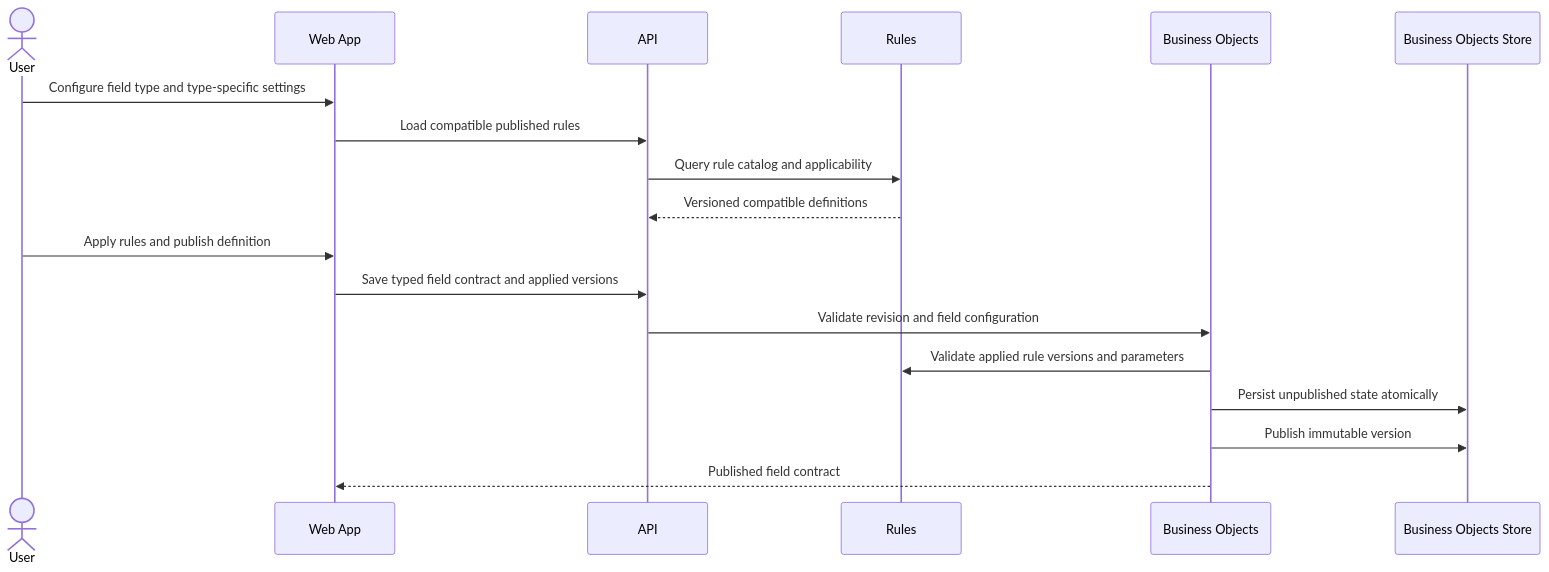
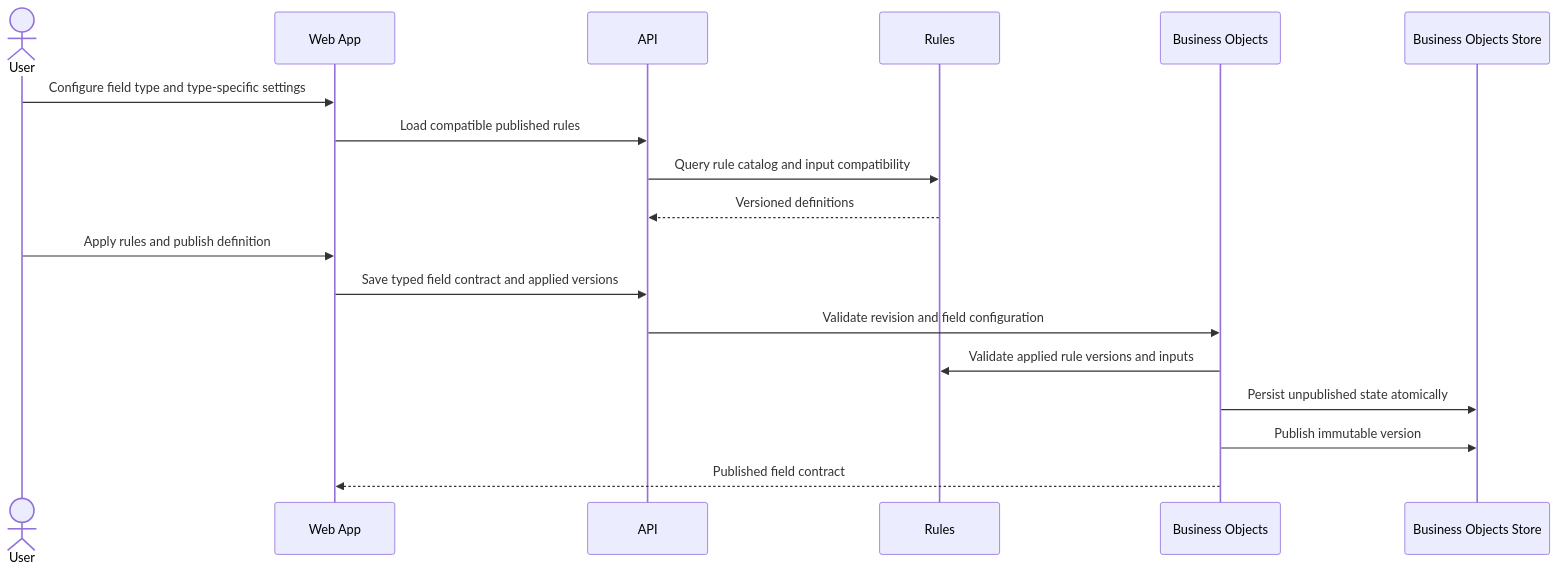
The diagram in docs/use-cases/business-objects/configure-field-rules.md (phuongnse/axis), drawn with Mermaid before and after one commit. The commit also changed other lines of this file and 209 other files, not shown here.

Commit message:
feat(rules): unify rule contracts

````diff
--- a/docs/use-cases/business-objects/configure-field-rules.md
+++ b/docs/use-cases/business-objects/configure-field-rules.md
@@ -108,21 +108,21 @@
 ```mermaid
 sequenceDiagram
   actor User
   participant Web as Web App
   participant API as API
   participant Rules as Rules
   participant BusinessObjects as Business Objects
   participant Store as Business Objects Store
 
   User->>Web: Configure field type and type-specific settings
   Web->>API: Load compatible published rules
-  API->>Rules: Query rule catalog and applicability
-  Rules-->>API: Versioned compatible definitions
+  API->>Rules: Query rule catalog and input compatibility
+  Rules-->>API: Versioned definitions
   User->>Web: Apply rules and publish definition
   Web->>API: Save typed field contract and applied versions
   API->>BusinessObjects: Validate revision and field configuration
-  BusinessObjects->>Rules: Validate applied rule versions and parameters
+  BusinessObjects->>Rules: Validate applied rule versions and inputs
   BusinessObjects->>Store: Persist unpublished state atomically
   BusinessObjects->>Store: Publish immutable version
   BusinessObjects-->>Web: Published field contract
 ```
````
